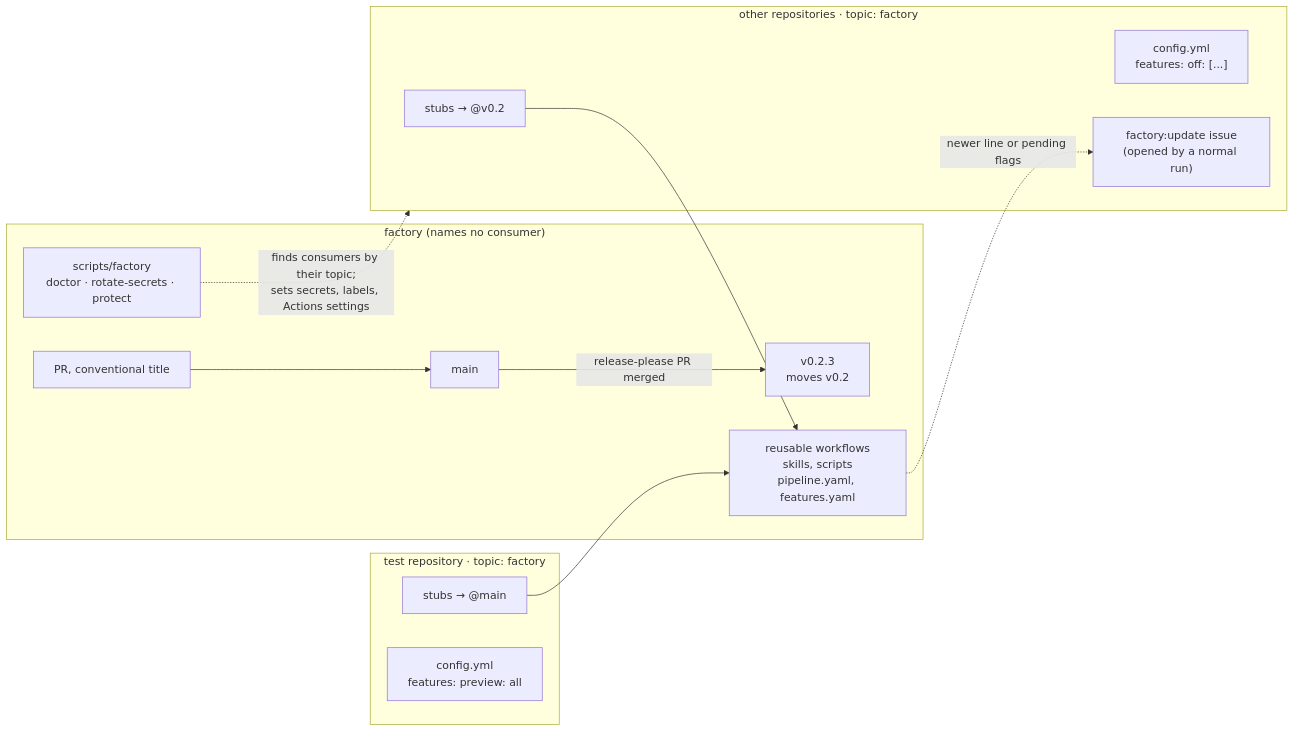
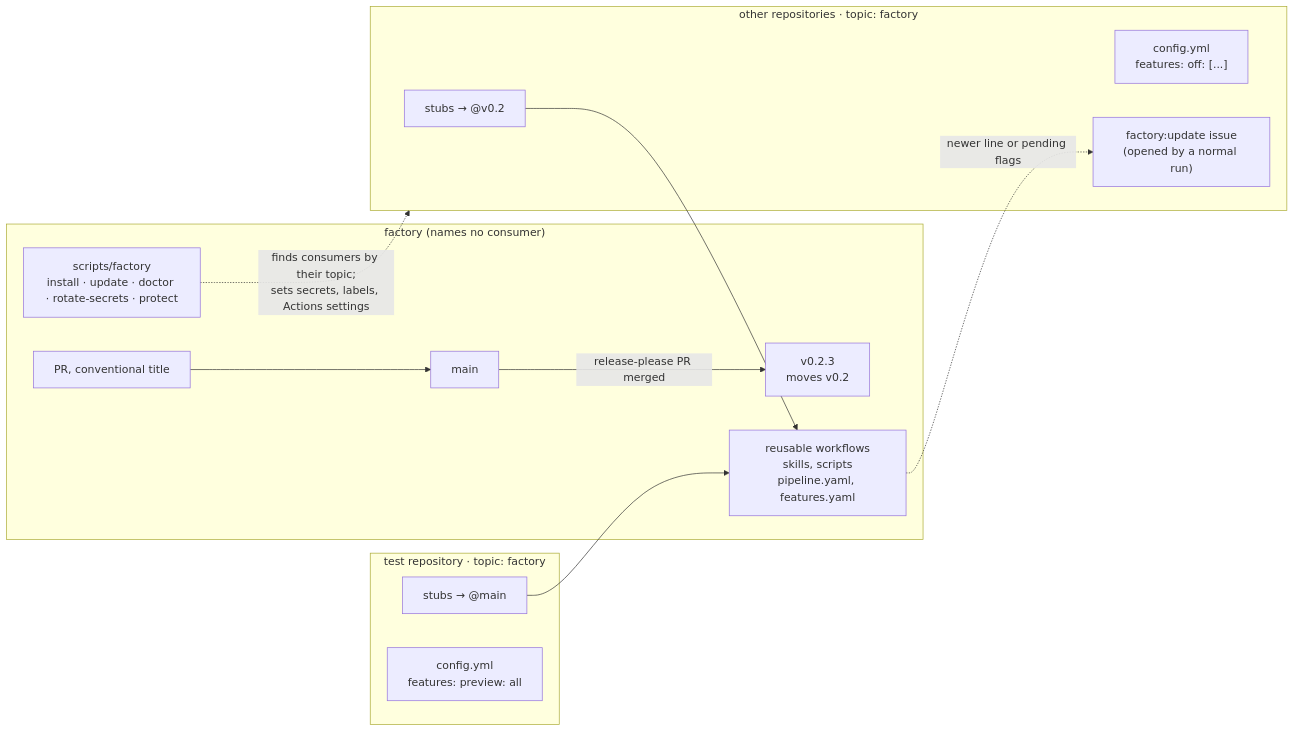
The diagram in docs/rollout.md (spdolan/factory), drawn with Mermaid before and after one commit. The commit also changed other lines of this file and 6 other files, not shown here.

````diff
--- a/docs/rollout.md
+++ b/docs/rollout.md
@@ -35,22 +35,22 @@
 ```mermaid
 flowchart LR
   subgraph factory["factory (names no consumer)"]
     PR["PR, conventional title"] --> Main["main"]
     Main -->|"release-please PR merged"| Rel["v0.2.3<br/>moves v0.2"]
     RW["reusable workflows<br/>skills, scripts<br/>pipeline.yaml, features.yaml"]
-    CLI["scripts/factory<br/>doctor · rotate-secrets · protect"]
+    CLI["scripts/factory<br/>install · update · doctor · rotate-secrets · protect"]
   end
   subgraph test["test repository · topic: factory"]
     TStub["stubs → @main"]
     TCfg["config.yml<br/>features: preview: all"]
   end
   subgraph other["other repositories · topic: factory"]
     Stub["stubs → @v0.2"]
     Cfg["config.yml<br/>features: off: [...]"]
     Upd["factory:update issue<br/>(opened by a normal run)"]
   end
   TStub --> RW
   Stub --> RW
   RW -.->|"newer line or pending flags"| Upd
   CLI -.->|"finds consumers by their topic;<br/>sets secrets, labels, Actions settings"| other
 ```
````
